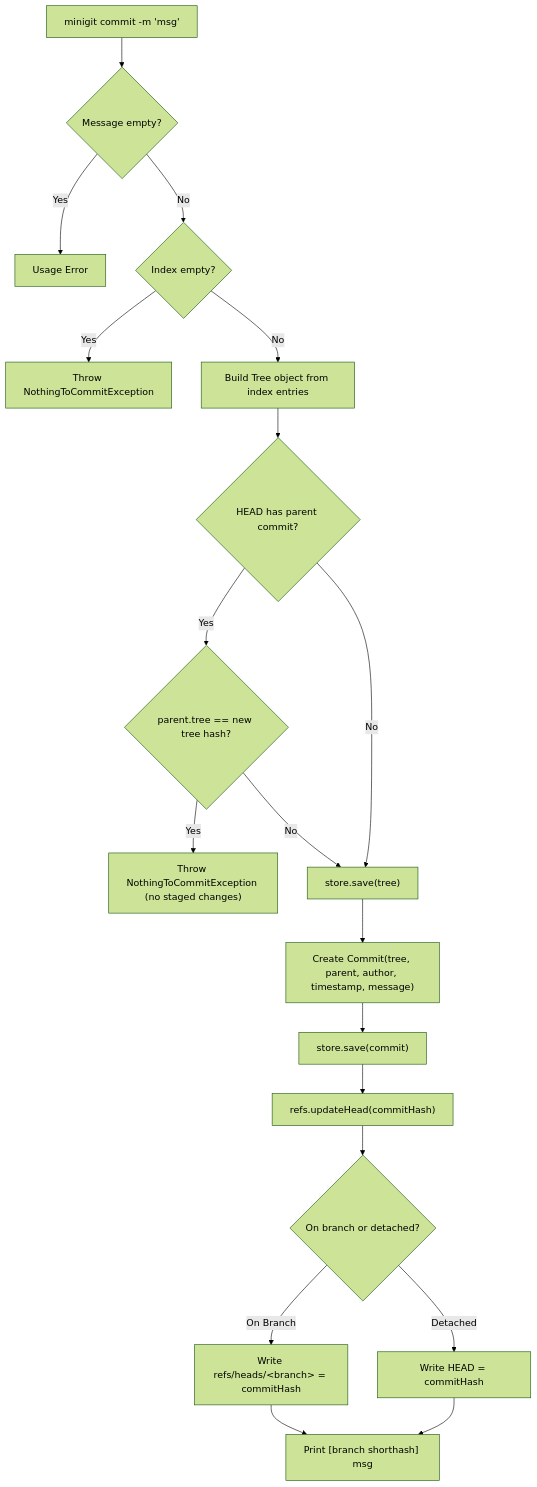
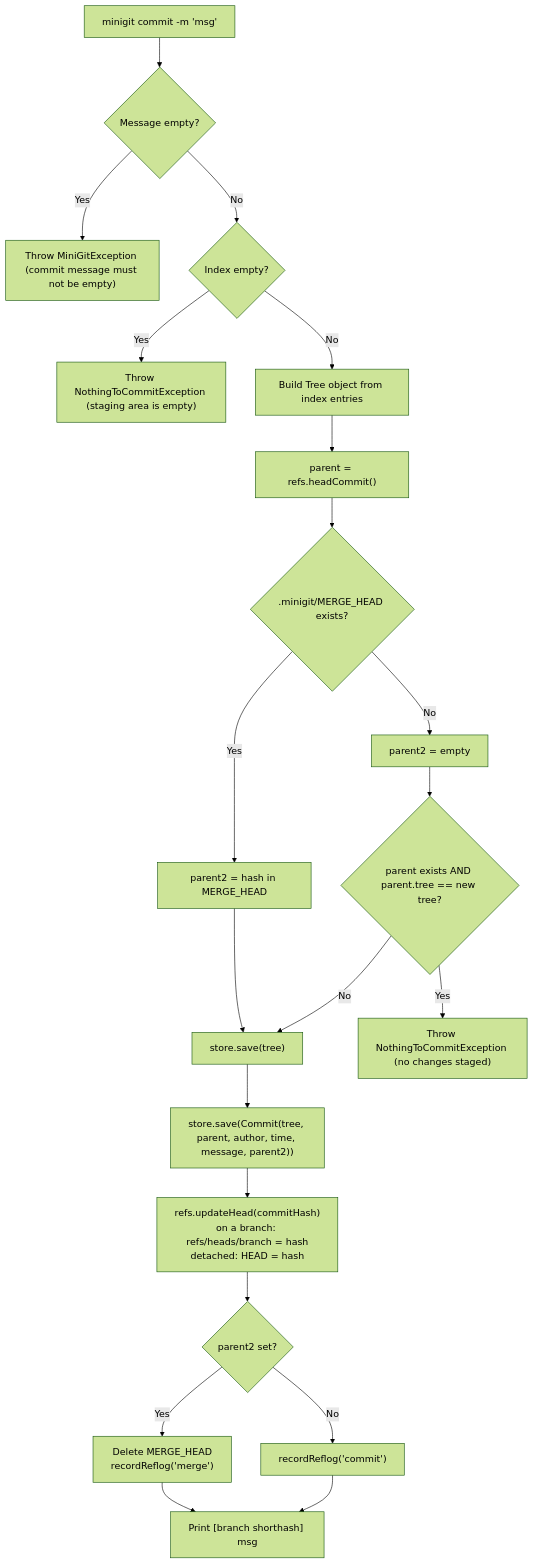
Before and after one commit to tavishchaudhary007/Mini-Git: the sixth of 12 diagrams in architecture.md, drawn with Mermaid (forest theme). The commit also changed other lines of this file and 1 other file, not shown here.

Commit message:
update readme.md and architecture.md

````diff
--- a/architecture.md
+++ b/architecture.md
@@ -467,23 +467,23 @@
 ```mermaid
 flowchart TD
     A["minigit commit -m 'msg'"] --> B{"Message empty?"}
-    B -- Yes --> ErrMsg["Usage Error"]
+    B -- Yes --> ErrMsg["Throw MiniGitException (commit message must not be empty)"]
     B -- No --> C{"Index empty?"}
-    C -- Yes --> ErrEmpty["Throw NothingToCommitException"]
+    C -- Yes --> ErrEmpty["Throw NothingToCommitException (staging area is empty)"]
     C -- No --> D["Build Tree object from index entries"]
-    D --> E{"HEAD has parent commit?"}
-
-    E -- Yes --> F{"parent.tree == new tree hash?"}
-    F -- Yes --> ErrNoChange["Throw NothingToCommitException (no staged changes)"]
+    D --> P["parent = refs.headCommit()"]
+    P --> MH{".minigit/MERGE_HEAD exists?"}
+    MH -- Yes --> P2["parent2 = hash in MERGE_HEAD"]
+    MH -- No --> P0["parent2 = empty"]
+    P2 --> G
+    P0 --> F{"parent exists AND parent.tree == new tree?"}
+    F -- Yes --> ErrNoChange["Throw NothingToCommitException (no changes staged)"]
     F -- No --> G["store.save(tree)"]
-    E -- No --> G
-
-    G --> H["Create Commit(tree, parent, author, timestamp, message)"]
-    H --> I["store.save(commit)"]
-    I --> J["refs.updateHead(commitHash)"]
-    J --> K{"On branch or detached?"}
-    K -- On Branch --> L["Write refs/heads/&lt;branch&gt; = commitHash"]
-    K -- Detached --> M["Write HEAD = commitHash"]
-    L --> Out["Print [branch shorthash] msg"]
-    M --> Out
+    G --> H["store.save(Commit(tree, parent, author, time, message, parent2))"]
+    H --> J["refs.updateHead(commitHash)<br/>on a branch: refs/heads/branch = hash<br/>detached: HEAD = hash"]
+    J --> K{"parent2 set?"}
+    K -- Yes --> M1["Delete MERGE_HEAD<br/>recordReflog('merge')"]
+    K -- No --> M2["recordReflog('commit')"]
+    M1 --> Out["Print [branch shorthash] msg"]
+    M2 --> Out
 ```
````
